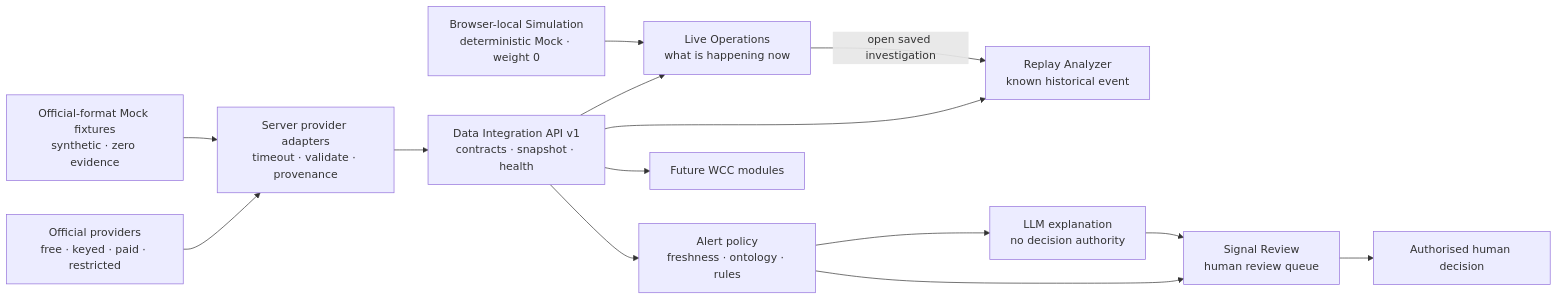
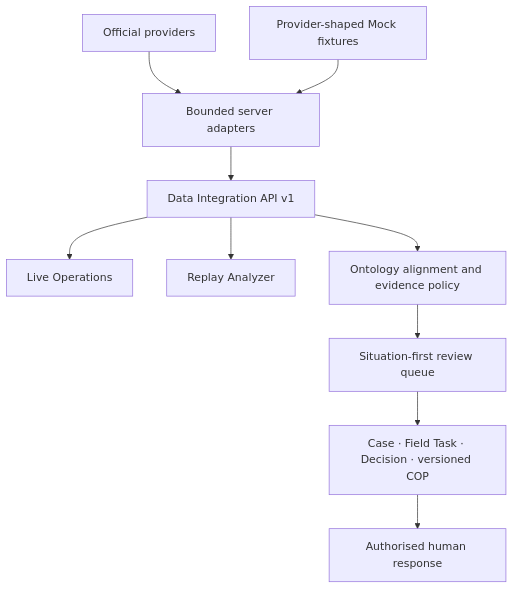
Before and after one commit to Asun28/poneke-movement-watch: the second of 2 diagrams in README.md, drawn with Mermaid. The commit also changed other lines of this file and 14 other files, not shown here.

````diff
--- a/README.md
+++ b/README.md
@@ -123,16 +83,12 @@
 ```mermaid
-flowchart LR
-    A["Official providers<br/>free · keyed · paid · restricted"] --> B["Server provider adapters<br/>timeout · validate · provenance"]
-    M["Official-format Mock fixtures<br/>synthetic · zero evidence"] --> B
-    B --> C["Data Integration API v1<br/>contracts · snapshot · health"]
-    C --> D["Live Operations<br/>what is happening now"]
-    C --> E["Replay Analyzer<br/>known historical event"]
-    S["Browser-local Simulation<br/>deterministic Mock · weight 0"] --> D
-    D -->|"open saved investigation"| E
-    C --> F["Alert policy<br/>freshness · ontology · rules"]
-    C --> G["Future WCC modules"]
-    F --> H["LLM explanation<br/>no decision authority"]
-    F --> I["Signal Review<br/>human review queue"]
-    H --> I
-    I --> J["Authorised human decision"]
+flowchart TB
+    P["Official providers"] --> A["Bounded server adapters"]
+    M["Provider-shaped Mock fixtures"] --> A
+    A --> I["Data Integration API v1"]
+    I --> L["Live Operations"]
+    I --> R["Replay Analyzer"]
+    I --> O["Ontology alignment and evidence policy"]
+    O --> Q["Situation-first review queue"]
+    Q --> C["Case · Field Task · Decision · versioned COP"]
+    C --> H["Authorised human response"]
 ```
````
